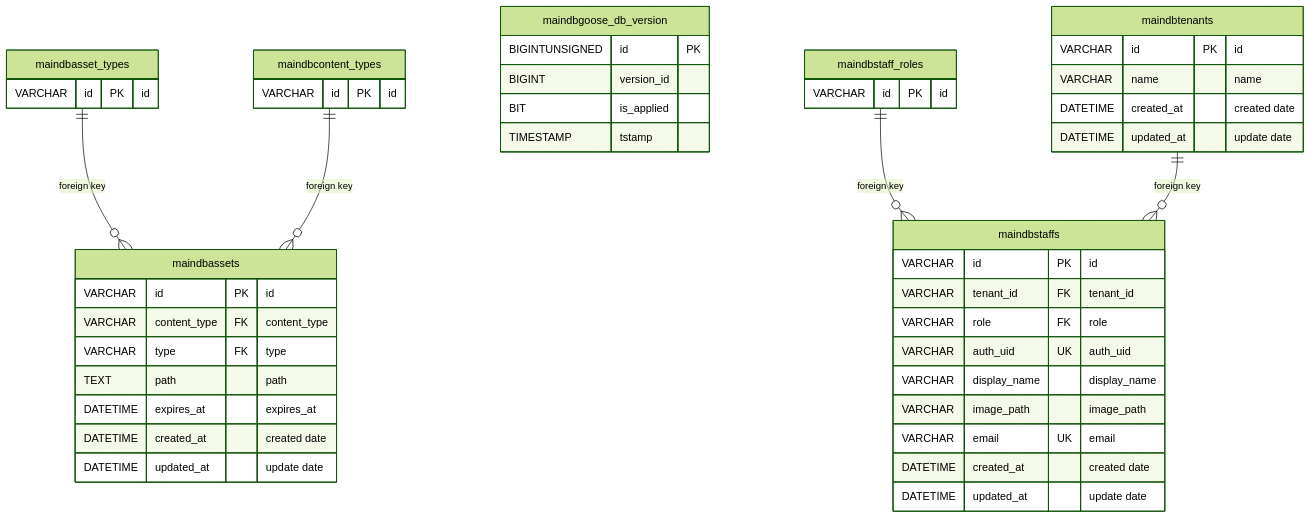
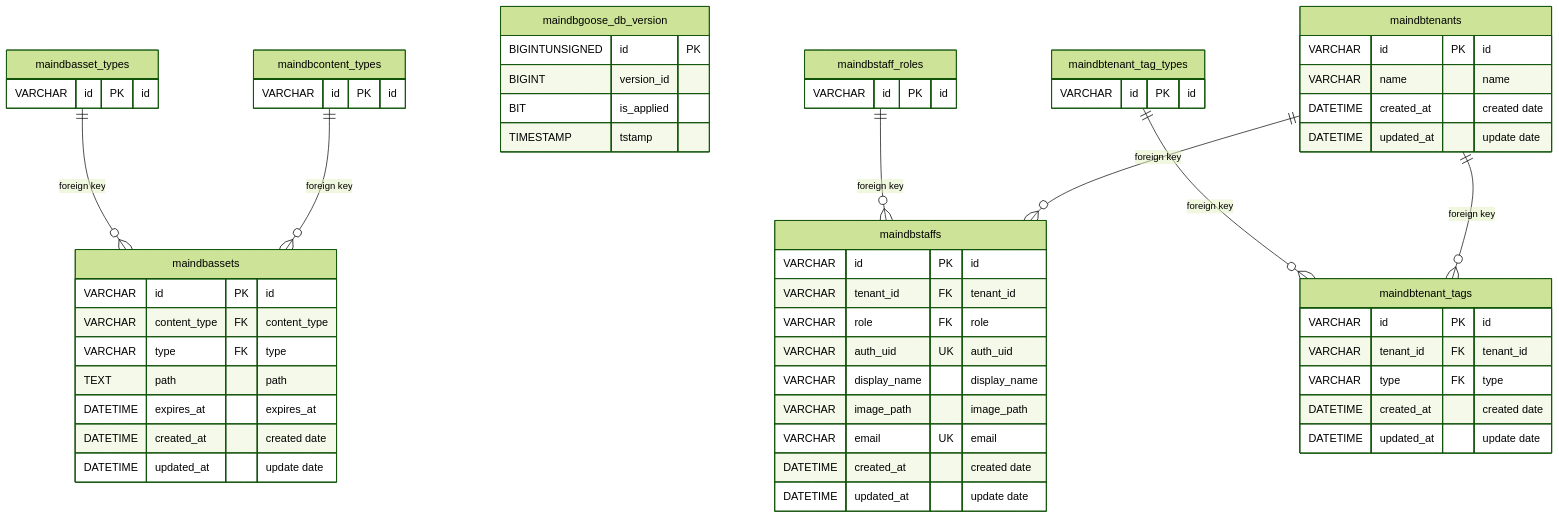
Before and after one commit to abyssparanoia/rapid-go: the diagram in db/mysql/mermaid.mmd, drawn with Mermaid (forest theme). The commit also changed 27 other files, not shown here.

Commit message:
feat: add tenant tags

```diff
--- a/db/mysql/mermaid.mmd
+++ b/db/mysql/mermaid.mmd
@@ -1,54 +1,68 @@
 erDiagram
 
   maindbasset_types {
     VARCHAR id PK "id"
   }
 
   maindbcontent_types {
     VARCHAR id PK "id"
   }
 
   maindbgoose_db_version {
     BIGINTUNSIGNED id PK
     BIGINT version_id
     BIT is_applied
     TIMESTAMP tstamp
   }
 
   maindbstaff_roles {
+    VARCHAR id PK "id"
+  }
+
+  maindbtenant_tag_types {
     VARCHAR id PK "id"
   }
 
   maindbtenants {
     VARCHAR id PK "id"
     VARCHAR name "name"
     DATETIME created_at "created date"
     DATETIME updated_at "update date"
   }
 
   maindbassets {
     VARCHAR id PK "id"
     VARCHAR content_type FK "content_type"
     VARCHAR type FK "type"
     TEXT path "path"
     DATETIME expires_at "expires_at"
     DATETIME created_at "created date"
     DATETIME updated_at "update date"
   }
 
   maindbstaffs {
     VARCHAR id PK "id"
     VARCHAR tenant_id FK "tenant_id"
     VARCHAR role FK "role"
     VARCHAR auth_uid UK "auth_uid"
     VARCHAR display_name "display_name"
     VARCHAR image_path "image_path"
     VARCHAR email UK "email"
     DATETIME created_at "created date"
     DATETIME updated_at "update date"
   }
 
+  maindbtenant_tags {
+    VARCHAR id PK "id"
+    VARCHAR tenant_id FK "tenant_id"
+    VARCHAR type FK "type"
+    DATETIME created_at "created date"
+    DATETIME updated_at "update date"
+  }
+
   maindbasset_types ||--o{ maindbassets : "foreign key"
   maindbcontent_types ||--o{ maindbassets : "foreign key"
   maindbstaff_roles ||--o{ maindbstaffs : "foreign key"
+  maindbtenant_tag_types ||--o{ maindbtenant_tags : "foreign key"
   maindbtenants ||--o{ maindbstaffs : "foreign key"
+  maindbtenants ||--o{ maindbtenant_tags : "foreign key"
```
